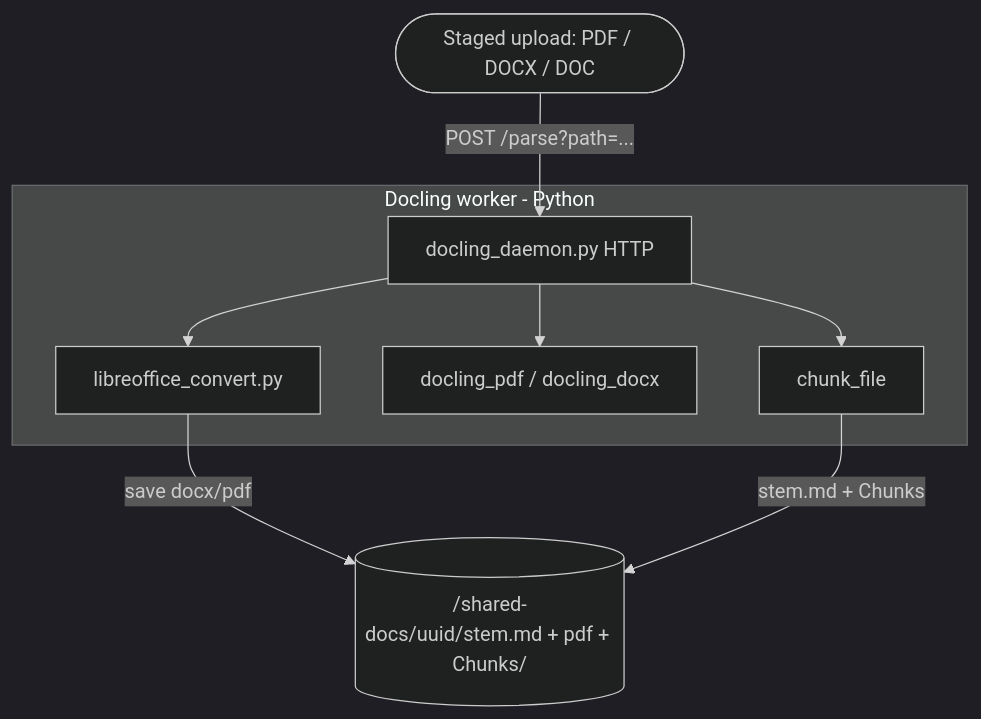
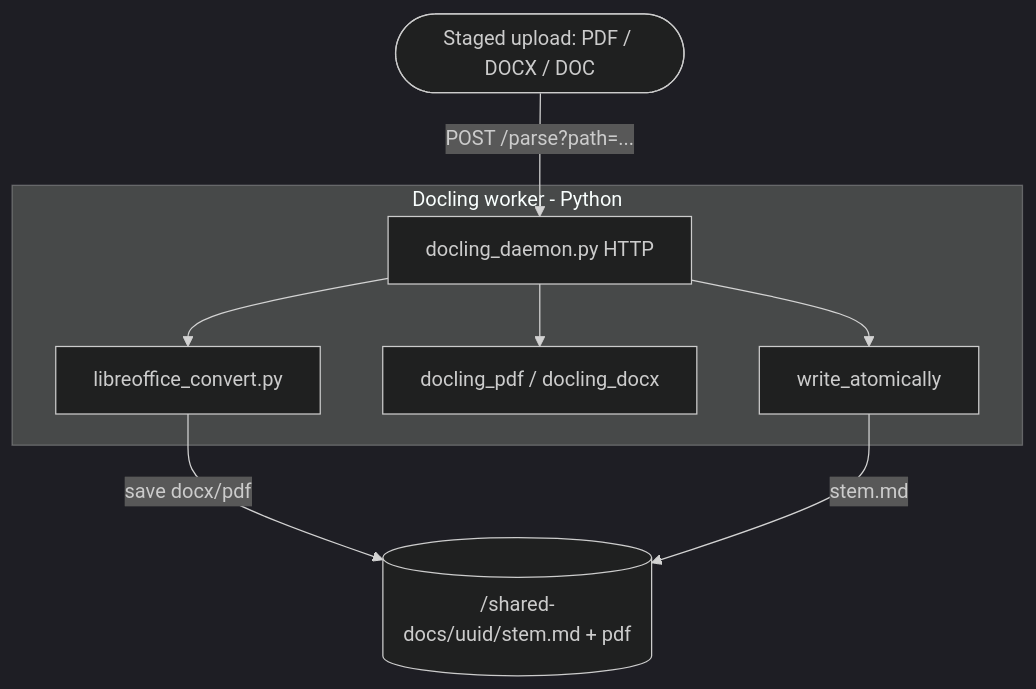
Before and after one commit to data-team-uhn/iap: the first of 2 diagrams in modules/documents/processing/processing.md, drawn with Mermaid (dark theme). The commit also changed other lines of this file and 48 other files, not shown here.

````diff
--- a/modules/documents/processing/processing.md
+++ b/modules/documents/processing/processing.md
@@ -17,20 +17,20 @@
 ```mermaid
 flowchart TB
     U(["Staged upload: PDF / DOCX / DOC"])
 
     subgraph Py["Docling worker - Python"]
         DAEMON["docling_daemon.py HTTP"]
         LO["libreoffice_convert.py"]
         GEN["docling_pdf / docling_docx"]
-        WCF["chunk_file"]
+        WRITE["write_atomically"]
     end
 
-    ART[("/shared-docs/uuid/stem.md + pdf + Chunks/")]
+    ART[("/shared-docs/uuid/stem.md + pdf")]
 
     U -->|"POST /parse?path=..."| DAEMON
     DAEMON --> LO
     LO -->|save docx/pdf| ART
     DAEMON --> GEN
-    DAEMON --> WCF
-    WCF -->|stem.md + Chunks| ART
+    DAEMON --> WRITE
+    WRITE -->|stem.md| ART
 ```
````
